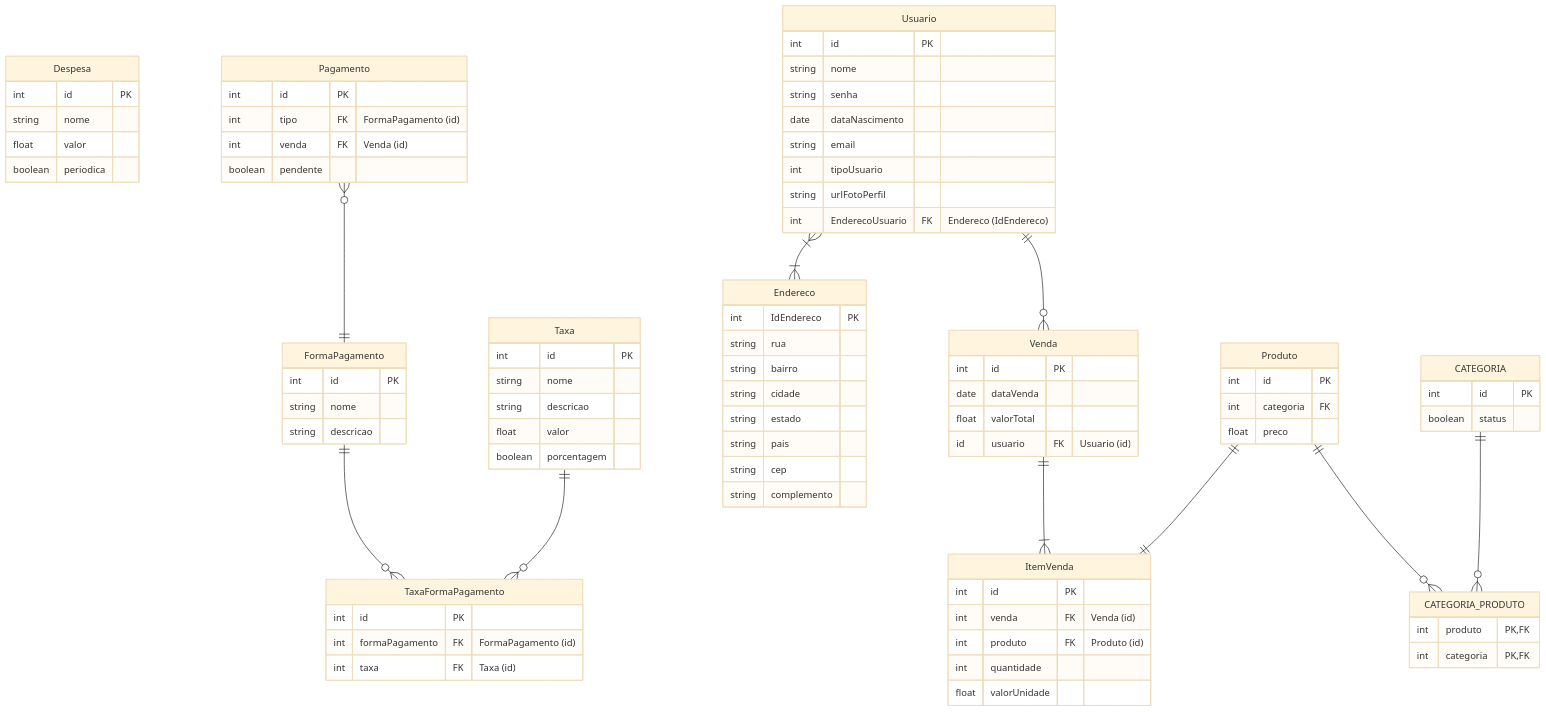
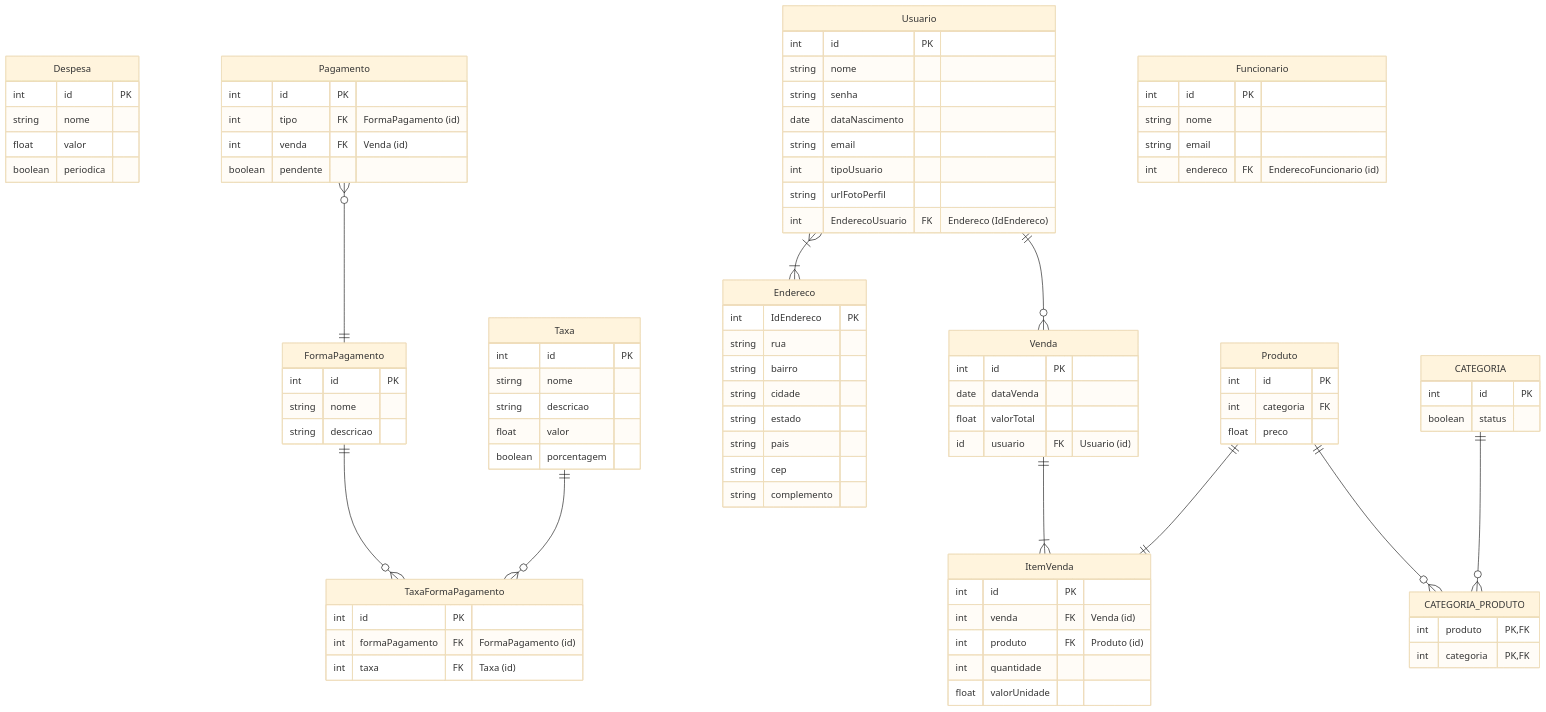
One commit to Control-Cash/controlcash changed the diagram in docs/documento-de-modelos.md. Above: the diagram before and after it, drawn with Mermaid (base theme).

Commit message:
Doc: Definindo os atributos da tabela fornecedor #35

```diff
--- a/docs/documento-de-modelos.md
+++ b/docs/documento-de-modelos.md
@@ -76,6 +76,13 @@
     int quantidade
     float valorUnidade
   } 
+
+Funcionario{
+  int id PK
+  string nome
+  string email
+  int endereco FK "EnderecoFuncionario (id)"
+}
   
   %% conexões
   Pagamento }o--|| FormaPagamento : ""
```
